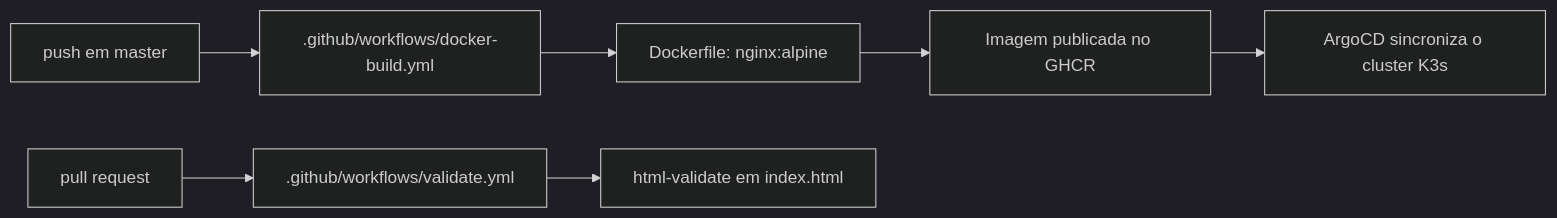
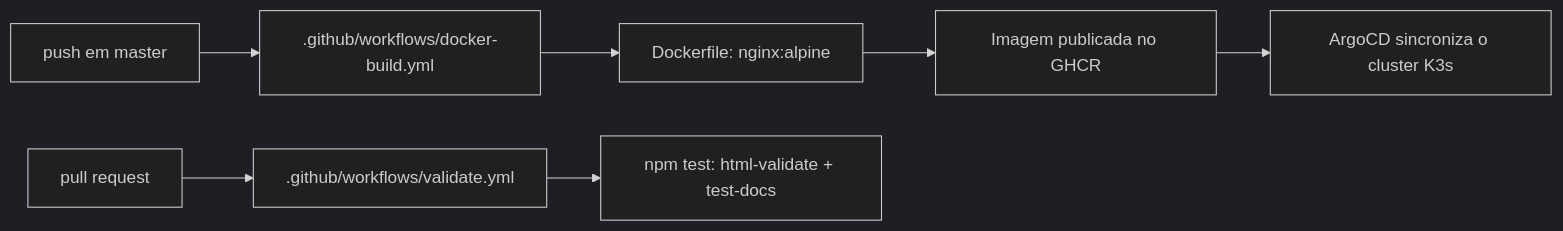
One commit to juninmd/site-toninho changed the diagram in README.md. Above: the diagram before and after it, drawn with Mermaid (dark theme). The commit also changed other lines of this file and 8 other files, not shown here.

First line of the commit message:
docs(readme): add LICENSE, document architecture and setup (#95)

````diff
--- a/README.md
+++ b/README.md
@@ -33,9 +126,9 @@
 ```mermaid
 flowchart LR
     A[push em master] --> B[.github/workflows/docker-build.yml]
     B --> C[Dockerfile: nginx:alpine]
     C --> D[Imagem publicada no GHCR]
     D --> E[ArgoCD sincroniza o cluster K3s]
     F[pull request] --> G[.github/workflows/validate.yml]
-    G --> H[html-validate em index.html]
+    G --> H[npm test: html-validate + test-docs]
 ```
````
